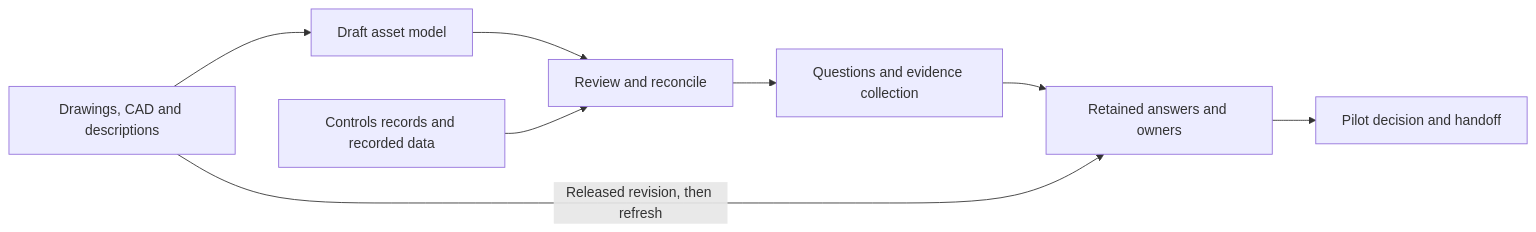
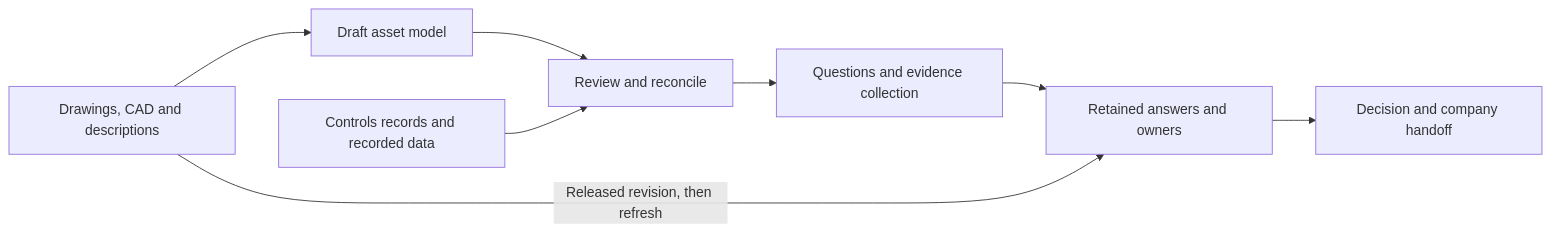
The first of 2 diagrams in README.md (steve-vitale/pid-to-digital-twin), drawn with Mermaid before and after one commit. The commit also changed other lines of this file and 7 other files, not shown here.

````diff
--- a/README.md
+++ b/README.md
@@ -46,10 +47,10 @@
 ```mermaid
 flowchart LR
     A[Drawings, CAD and descriptions] --> B[Draft asset model]
     B --> C[Review and reconcile]
     R[Controls records and recorded data] --> C
     C --> D[Questions and evidence collection]
     D --> E[Retained answers and owners]
-    E --> F[Pilot decision and handoff]
+    E --> F[Decision and company handoff]
     A -->|Released revision, then refresh| E
 ```
````
